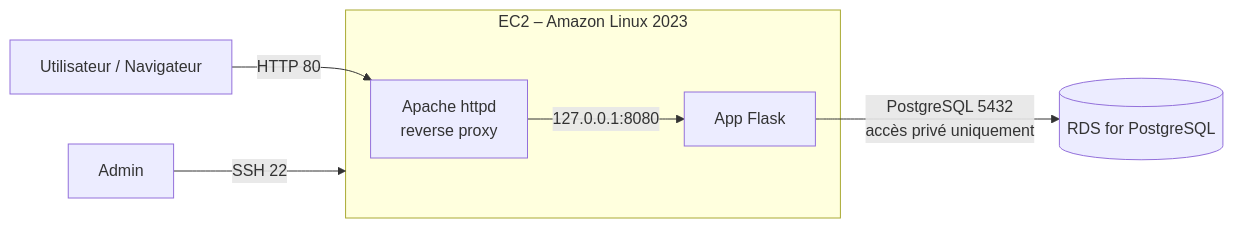
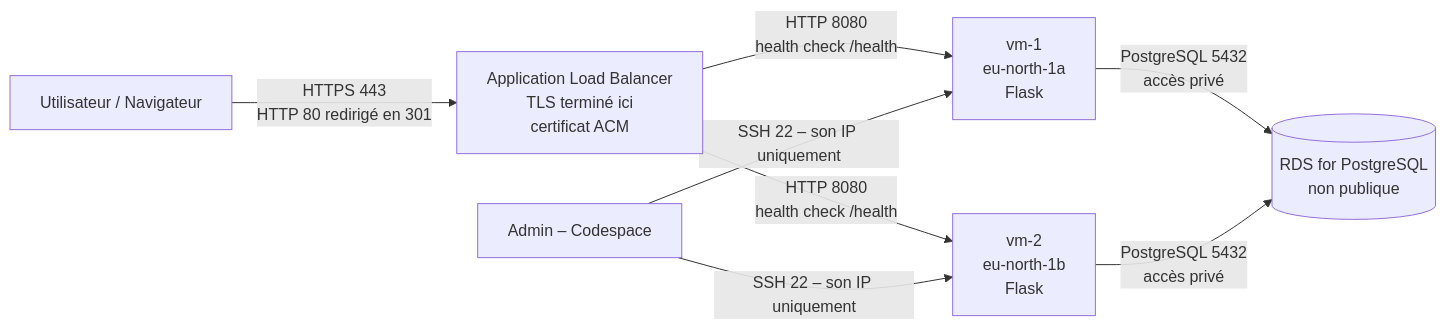
Before and after one commit to MamaDioum27/vsi-and-database: the diagram in README.md, drawn with Mermaid. The commit also changed other lines of this file and 17 other files, not shown here.

Commit message:
TP load balancer HTTPS : Terraform, console, preuves

````diff
--- a/README.md
+++ b/README.md
@@ -9,9 +15,10 @@
 ```mermaid
 flowchart LR
-    U[Utilisateur / Navigateur] -->|HTTP 80| AP[Apache httpd<br/>reverse proxy]
-    subgraph VM[EC2 – Amazon Linux 2023]
-        AP -->|127.0.0.1:8080| F[App Flask]
-    end
-    A[Admin] -->|SSH 22| VM
-    F -->|PostgreSQL 5432<br/>accès privé uniquement| DB[(RDS for PostgreSQL)]
+    U[Utilisateur / Navigateur] -->|HTTPS 443<br/>HTTP 80 redirigé en 301| LB[Application Load Balancer<br/>TLS terminé ici<br/>certificat ACM]
+    LB -->|HTTP 8080<br/>health check /health| VM1[vm-1<br/>eu-north-1a<br/>Flask]
+    LB -->|HTTP 8080<br/>health check /health| VM2[vm-2<br/>eu-north-1b<br/>Flask]
+    A[Admin – Codespace] -->|SSH 22 – son IP uniquement| VM1
+    A -->|SSH 22 – son IP uniquement| VM2
+    VM1 -->|PostgreSQL 5432<br/>accès privé| DB[(RDS for PostgreSQL<br/>non publique)]
+    VM2 -->|PostgreSQL 5432<br/>accès privé| DB
 ```
````
